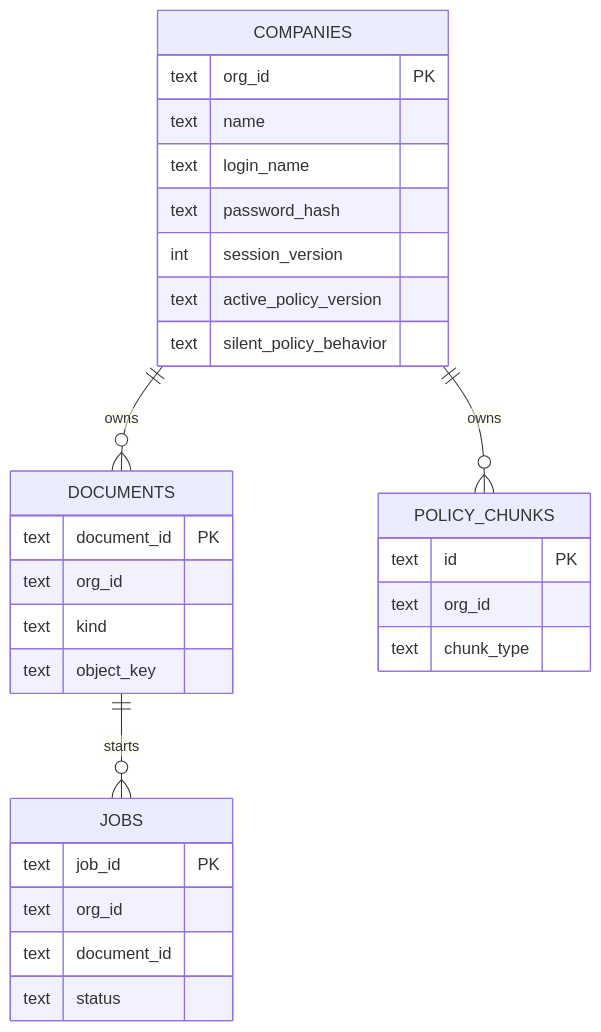
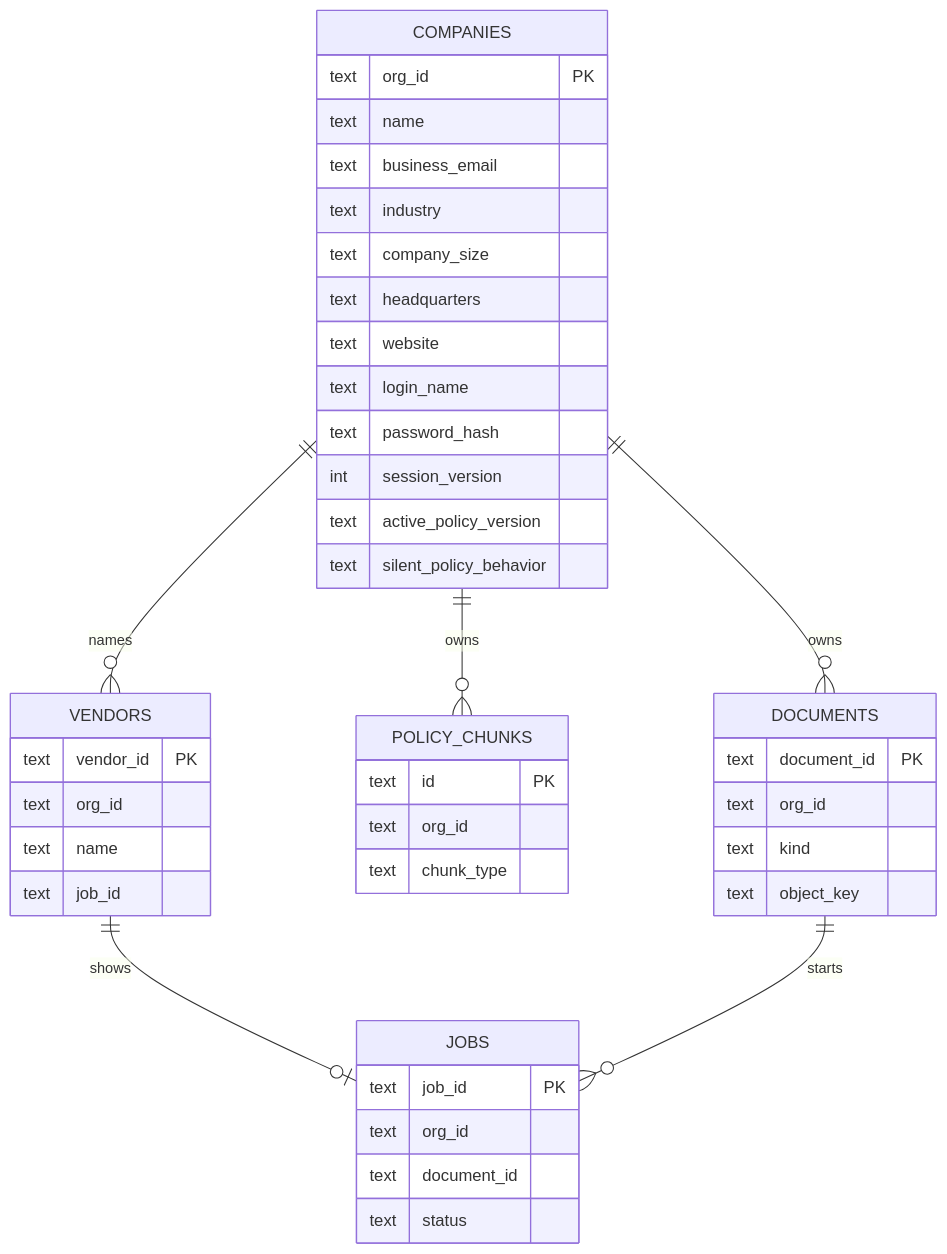
Before and after one commit to deepakkumartripathi119/Contract_Checker-main: the fourth of 4 diagrams in PROJECT_PLAN.md, drawn with Mermaid. The commit also changed other lines of this file and 76 other files, not shown here.

````diff
--- a/PROJECT_PLAN.md
+++ b/PROJECT_PLAN.md
@@ -193,32 +198,45 @@
 ```mermaid
 erDiagram
   COMPANIES ||--o{ DOCUMENTS : owns
   COMPANIES ||--o{ POLICY_CHUNKS : owns
+  COMPANIES ||--o{ VENDORS : names
+  VENDORS ||--o| JOBS : shows
   DOCUMENTS ||--o{ JOBS : starts
   COMPANIES {
     text org_id PK
     text name
+    text business_email
+    text industry
+    text company_size
+    text headquarters
+    text website
     text login_name
     text password_hash
     int session_version
     text active_policy_version
     text silent_policy_behavior
   }
   DOCUMENTS {
     text document_id PK
     text org_id
     text kind
     text object_key
   }
   JOBS {
     text job_id PK
     text org_id
     text document_id
     text status
   }
+  VENDORS {
+    text vendor_id PK
+    text org_id
+    text name
+    text job_id
+  }
   POLICY_CHUNKS {
     text id PK
     text org_id
     text chunk_type
   }
 ```
````
